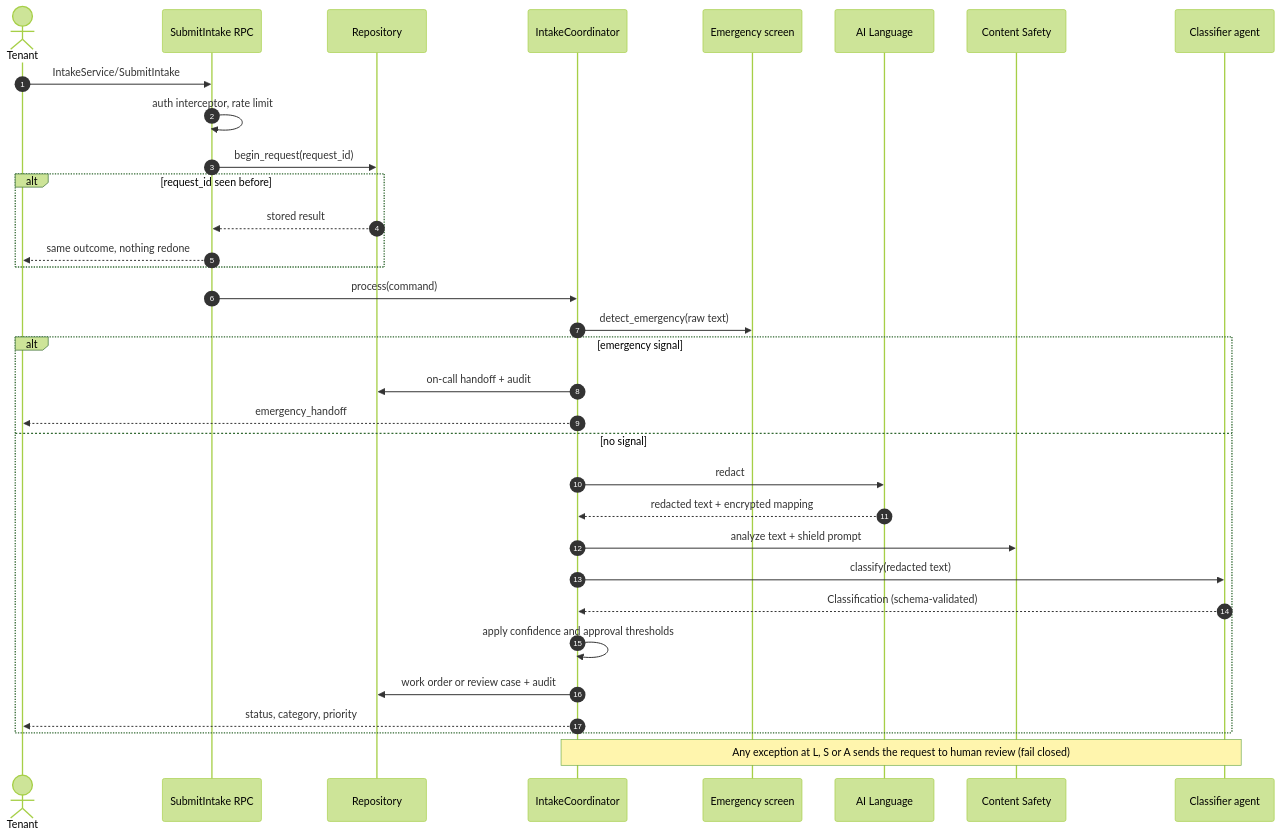
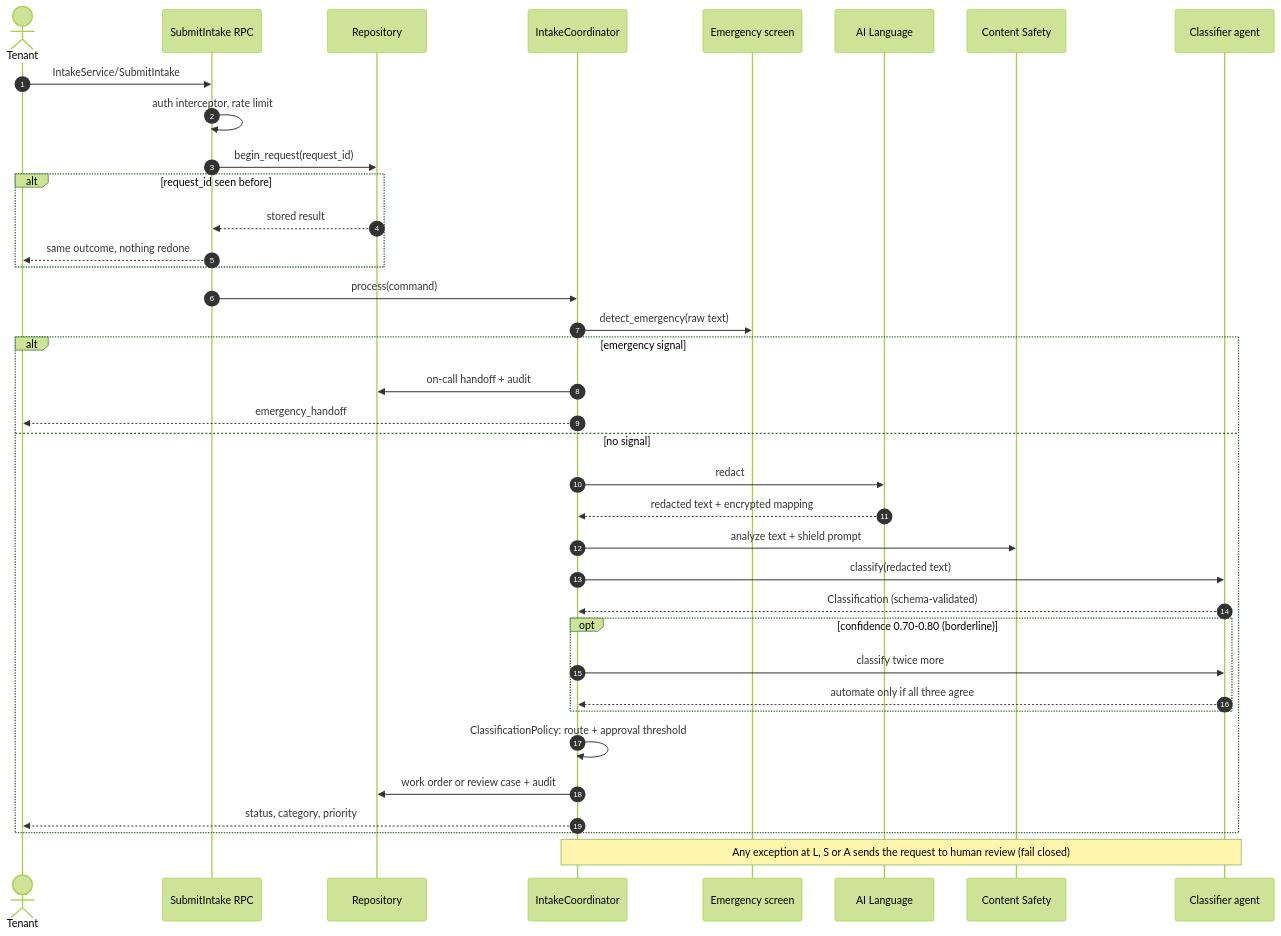
One commit to wasif1024/facilityops changed the fifth of 16 diagrams in docs/architecture.md. Above: the diagram before and after it, drawn with Mermaid (forest theme). The commit also changed other lines of this file and 11 other files, not shown here.

````diff
--- a/docs/architecture.md
+++ b/docs/architecture.md
@@ -191,36 +191,40 @@
 ```mermaid
 sequenceDiagram
     autonumber
     actor T as Tenant
     participant API as SubmitIntake RPC
     participant R as Repository
     participant C as IntakeCoordinator
     participant E as Emergency screen
     participant L as AI Language
     participant S as Content Safety
     participant A as Classifier agent
 
     T->>API: IntakeService/SubmitIntake
     API->>API: auth interceptor, rate limit
     API->>R: begin_request(request_id)
     alt request_id seen before
         R-->>API: stored result
         API-->>T: same outcome, nothing redone
     end
     API->>C: process(command)
     C->>E: detect_emergency(raw text)
     alt emergency signal
         C->>R: on-call handoff + audit
         C-->>T: emergency_handoff
     else no signal
         C->>L: redact
         L-->>C: redacted text + encrypted mapping
         C->>S: analyze text + shield prompt
         C->>A: classify(redacted text)
         A-->>C: Classification (schema-validated)
-        C->>C: apply confidence and approval thresholds
+        opt confidence 0.70-0.80 (borderline)
+            C->>A: classify twice more
+            A-->>C: automate only if all three agree
+        end
+        C->>C: ClassificationPolicy: route + approval threshold
         C->>R: work order or review case + audit
         C-->>T: status, category, priority
     end
     Note over C,A: Any exception at L, S or A sends the request to human review (fail closed)
 ```
````
